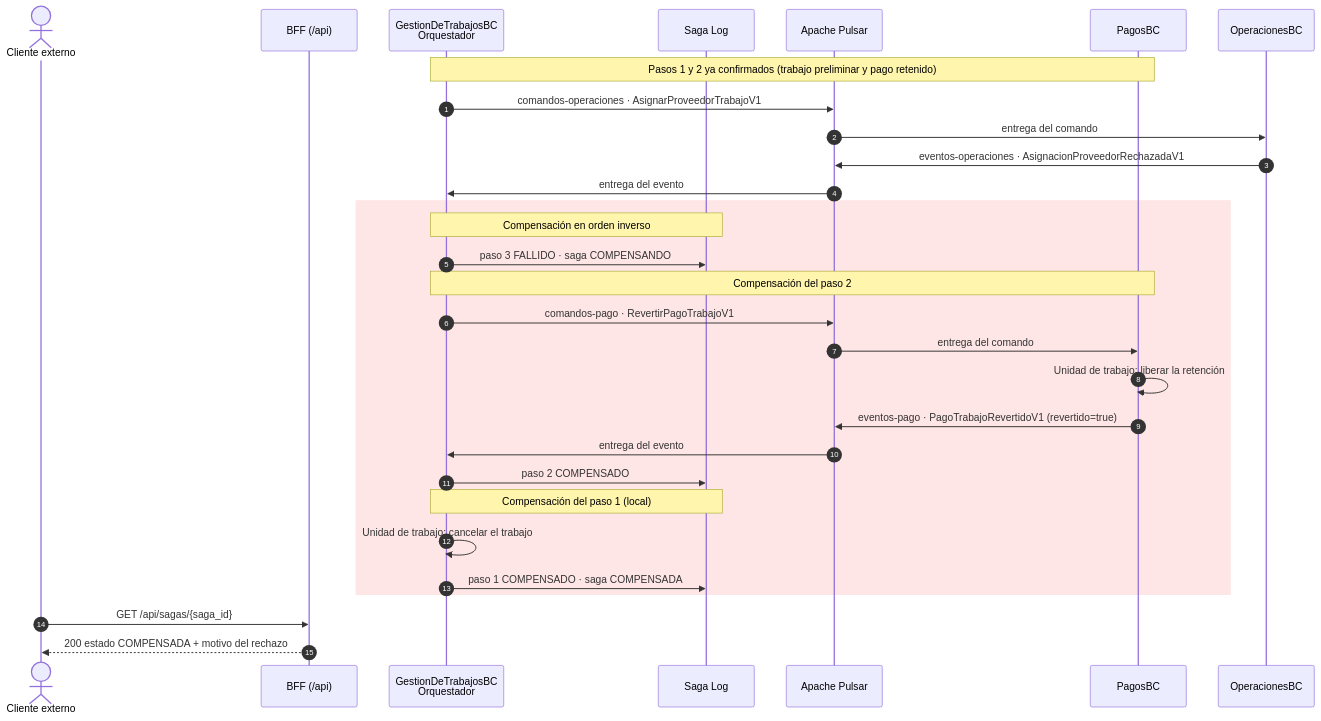
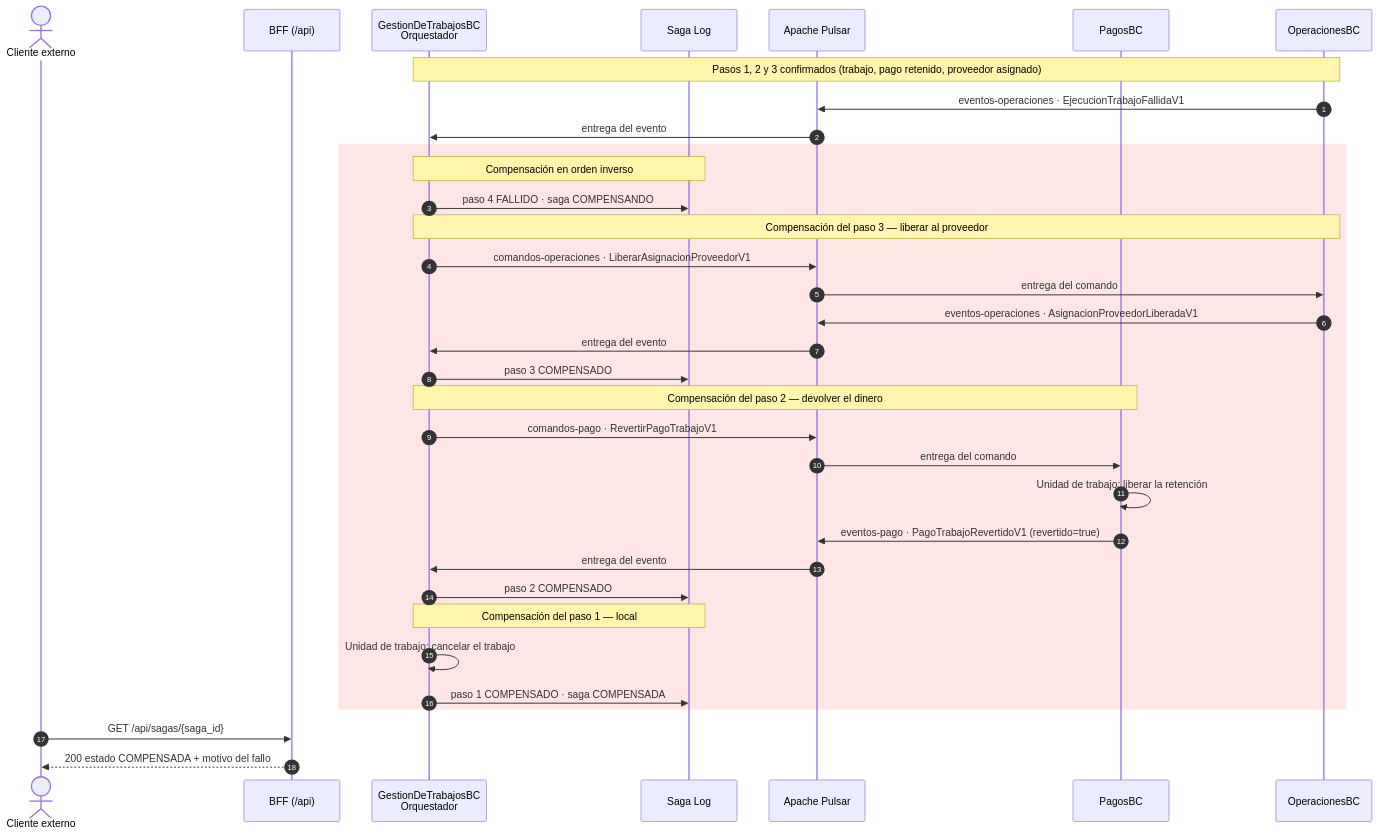
One commit to criscont17/hogar-de-los-alpes changed the fourth of 6 diagrams in docs/semana-7/arquitectura-to-be-refinada.md. Above: the diagram before and after it, drawn with Mermaid. The commit also changed other lines of this file and 8 other files, not shown here.

````diff
--- a/docs/semana-7/arquitectura-to-be-refinada.md
+++ b/docs/semana-7/arquitectura-to-be-refinada.md
@@ -255,38 +274,44 @@
 ```mermaid
 sequenceDiagram
     autonumber
     actor Cliente as Cliente externo
     participant BFF as BFF (/api)
     participant Orq as GestionDeTrabajosBC<br/>Orquestador
     participant Log as Saga Log
     participant Bus as Apache Pulsar
     participant Pagos as PagosBC
     participant Ops as OperacionesBC
 
-    note over Orq, Pagos: Pasos 1 y 2 ya confirmados (trabajo preliminar y pago retenido)
+    note over Orq, Ops: Pasos 1, 2 y 3 confirmados (trabajo, pago retenido, proveedor asignado)
 
-    Orq->>Bus: comandos-operaciones · AsignarProveedorTrabajoV1
-    Bus->>Ops: entrega del comando
-    Ops->>Bus: eventos-operaciones · AsignacionProveedorRechazadaV1
+    Ops->>Bus: eventos-operaciones · EjecucionTrabajoFallidaV1
     Bus->>Orq: entrega del evento
 
     rect rgb(255, 230, 230)
         note over Orq, Log: Compensación en orden inverso
-        Orq->>Log: paso 3 FALLIDO · saga COMPENSANDO
 
-        note over Orq, Pagos: Compensación del paso 2
+        Orq->>Log: paso 4 FALLIDO · saga COMPENSANDO
+
+        note over Orq, Ops: Compensación del paso 3 — liberar al proveedor
+        Orq->>Bus: comandos-operaciones · LiberarAsignacionProveedorV1
+        Bus->>Ops: entrega del comando
+        Ops->>Bus: eventos-operaciones · AsignacionProveedorLiberadaV1
+        Bus->>Orq: entrega del evento
+        Orq->>Log: paso 3 COMPENSADO
+
+        note over Orq, Pagos: Compensación del paso 2 — devolver el dinero
         Orq->>Bus: comandos-pago · RevertirPagoTrabajoV1
         Bus->>Pagos: entrega del comando
         Pagos->>Pagos: Unidad de trabajo: liberar la retención
         Pagos->>Bus: eventos-pago · PagoTrabajoRevertidoV1 (revertido=true)
         Bus->>Orq: entrega del evento
         Orq->>Log: paso 2 COMPENSADO
 
-        note over Orq, Log: Compensación del paso 1 (local)
+        note over Orq, Log: Compensación del paso 1 — local
         Orq->>Orq: Unidad de trabajo: cancelar el trabajo
         Orq->>Log: paso 1 COMPENSADO · saga COMPENSADA
     end
 
     Cliente->>BFF: GET /api/sagas/{saga_id}
-    BFF-->>Cliente: 200 estado COMPENSADA + motivo del rechazo
+    BFF-->>Cliente: 200 estado COMPENSADA + motivo del fallo
 ```
````
